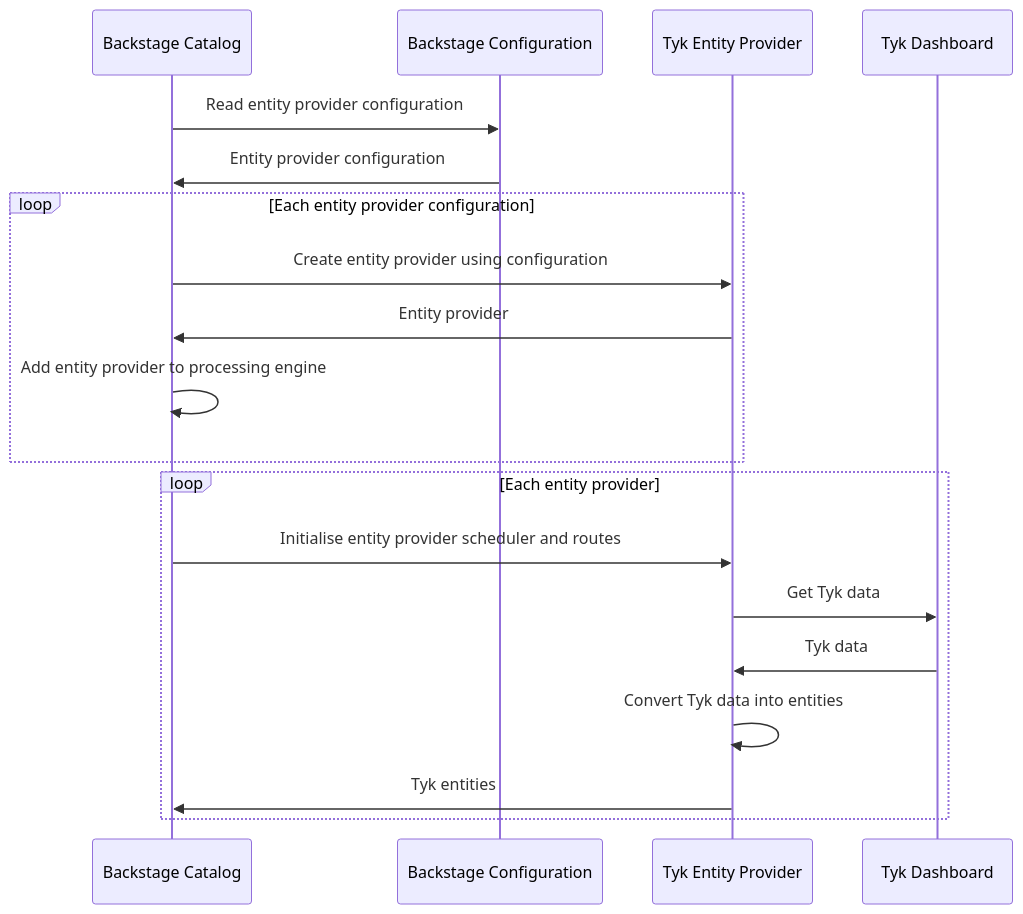
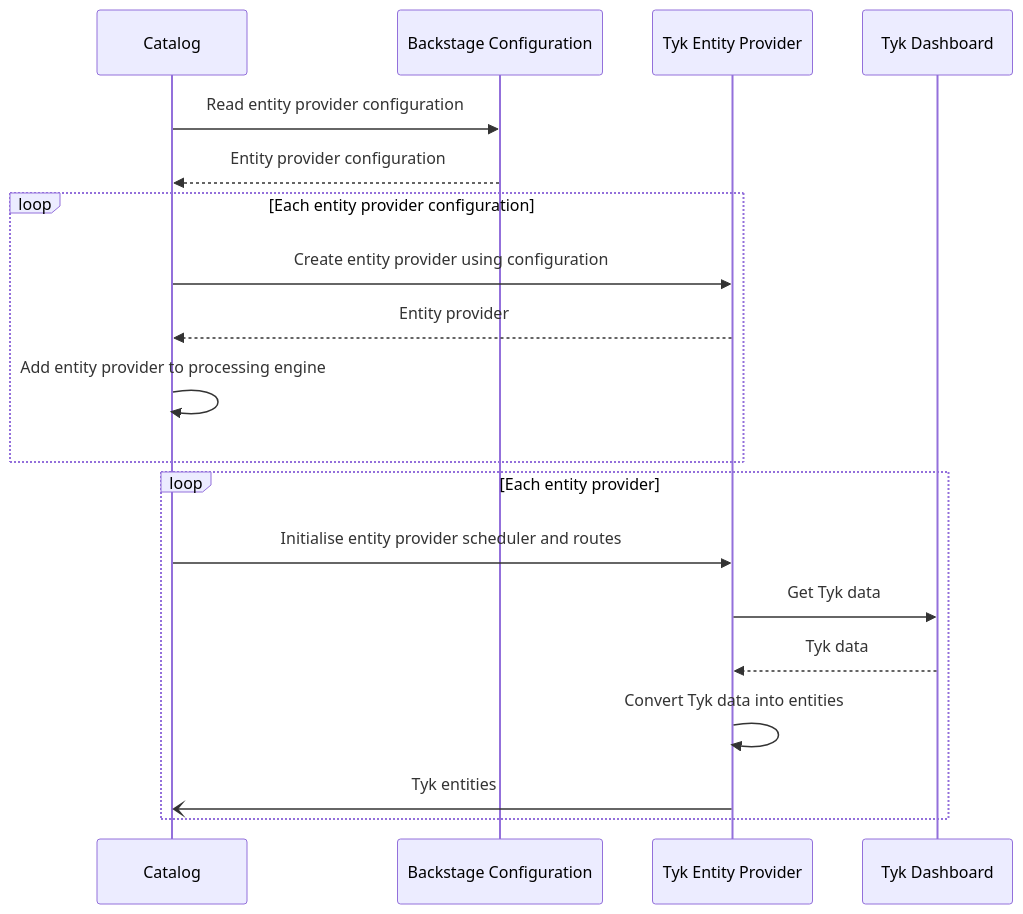
One commit to TykTechnologies/backstage-plugin-tyk changed the first of 3 diagrams in plugins/backend-catalog-tyk-entitiy-provider/README.md. Above: the diagram before and after it, drawn with Mermaid. The commit also changed other lines of this file, not shown here.

Commit message:
add diagrams for scheduler and router

````diff
--- a/plugins/backend-catalog-tyk-entitiy-provider/README.md
+++ b/plugins/backend-catalog-tyk-entitiy-provider/README.md
@@ -10,18 +10,21 @@
 ```mermaid
 sequenceDiagram
-    
-    Backstage Catalog->>Backstage Configuration: Read entity provider configuration
-    Backstage Configuration->>Backstage Catalog: Entity provider configuration
+    participant ca as Catalog
+    participant co as Backstage Configuration
+    participant ep as Tyk Entity Provider
+    participant td as Tyk Dashboard
+    ca->>co: Read entity provider configuration
+    co-->>ca: Entity provider configuration
     loop Each entity provider configuration
-        Backstage Catalog->>Tyk Entity Provider: Create entity provider using configuration
-        Tyk Entity Provider->>Backstage Catalog: Entity provider
-        Backstage Catalog->>Backstage Catalog: Add entity provider to processing engine
+        ca->>ep: Create entity provider using configuration
+        ep-->>ca: Entity provider
+        ca->>ca: Add entity provider to processing engine
     end
     loop Each entity provider
-        Backstage Catalog->>Tyk Entity Provider: Initialise entity provider scheduler and routes
-        Tyk Entity Provider->>Tyk Dashboard: Get Tyk data
-        Tyk Dashboard->>Tyk Entity Provider: Tyk data
-        Tyk Entity Provider->>Tyk Entity Provider: Convert Tyk data into entities
-        Tyk Entity Provider->>Backstage Catalog: Tyk entities
+        ca->>ep: Initialise entity provider scheduler and routes
+        ep->>td: Get Tyk data
+        td-->>ep: Tyk data
+        ep->>ep: Convert Tyk data into entities
+        ep-)ca: Tyk entities
     end
 ```
````
